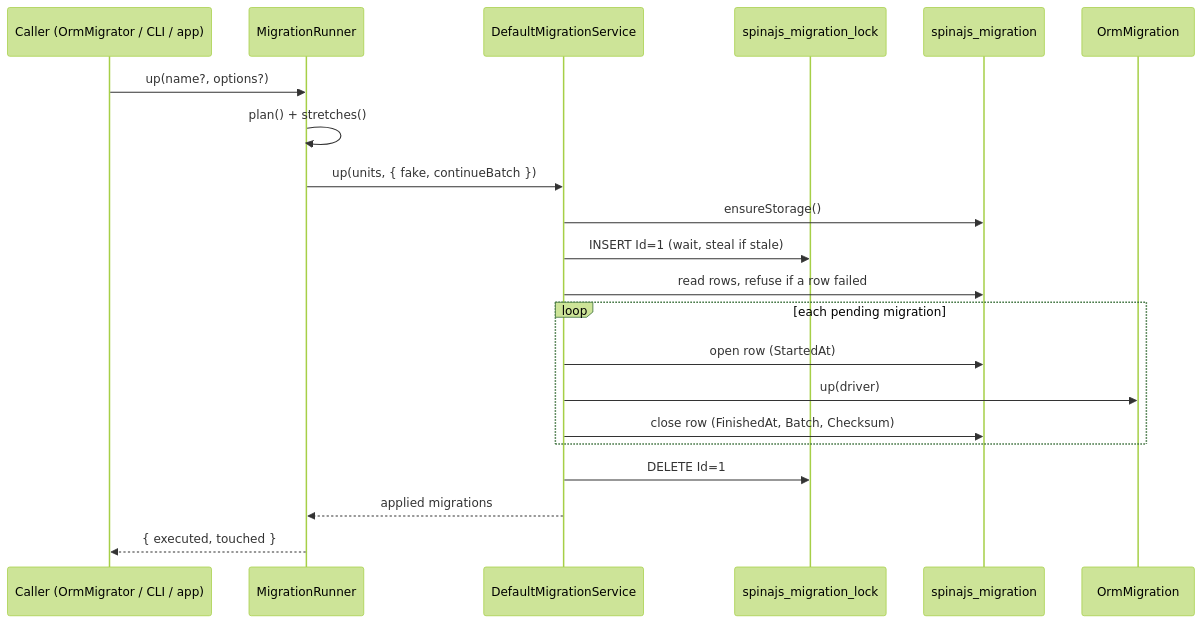
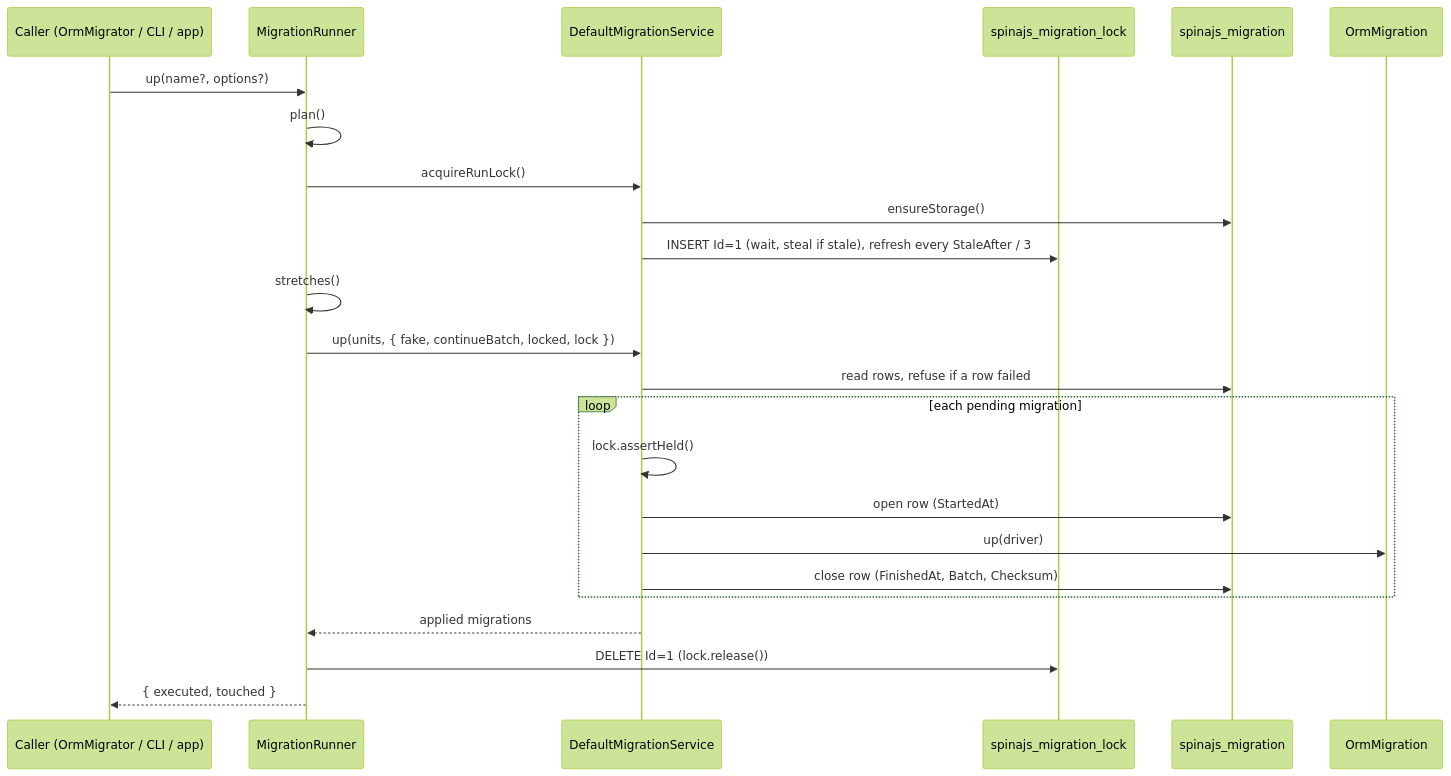
Before and after one commit to spinajs/main: the second of 2 diagrams in docs/orm/10-migrations.md, drawn with Mermaid (forest theme). The commit also changed other lines of this file and 13 other files, not shown here.

First line of the commit message:
feat(orm): one migration lock per connection for the whole run, seeds included

````diff
--- a/docs/orm/10-migrations.md
+++ b/docs/orm/10-migrations.md
@@ -91,23 +92,26 @@
 ```mermaid
 sequenceDiagram
   participant C as Caller (OrmMigrator / CLI / app)
   participant R as MigrationRunner
   participant S as DefaultMigrationService
   participant L as spinajs_migration_lock
   participant T as spinajs_migration
   participant M as OrmMigration
   C->>R: up(name?, options?)
-  R->>R: plan() + stretches()
-  R->>S: up(units, { fake, continueBatch })
+  R->>R: plan()
+  R->>S: acquireRunLock()
   S->>T: ensureStorage()
-  S->>L: INSERT Id=1 (wait, steal if stale)
+  S->>L: INSERT Id=1 (wait, steal if stale), refresh every StaleAfter / 3
+  R->>R: stretches()
+  R->>S: up(units, { fake, continueBatch, locked, lock })
   S->>T: read rows, refuse if a row failed
   loop each pending migration
+    S->>S: lock.assertHeld()
     S->>T: open row (StartedAt)
     S->>M: up(driver)
     S->>T: close row (FinishedAt, Batch, Checksum)
   end
-  S->>L: DELETE Id=1
   S-->>R: applied migrations
+  R->>L: DELETE Id=1 (lock.release())
   R-->>C: { executed, touched }
 ```
````
